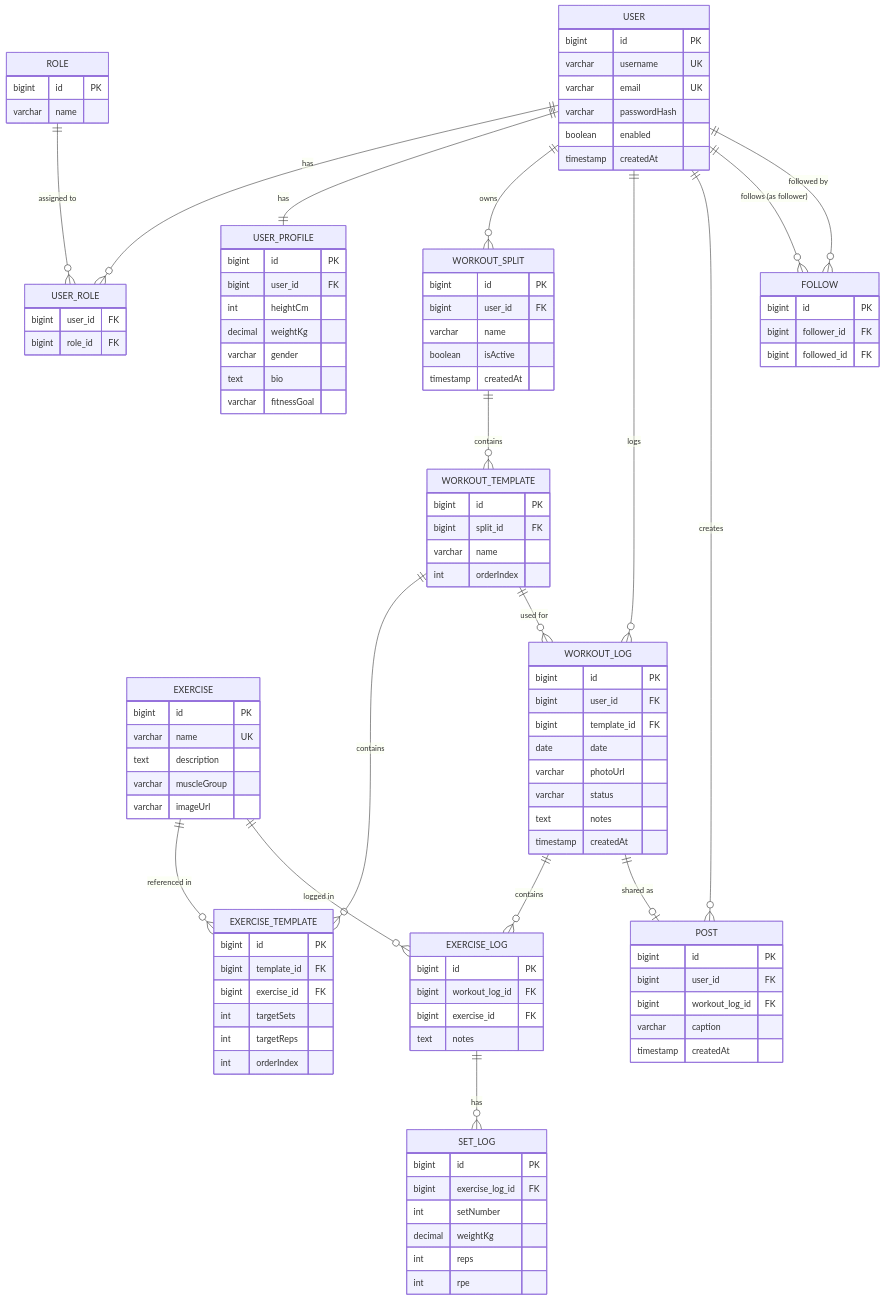
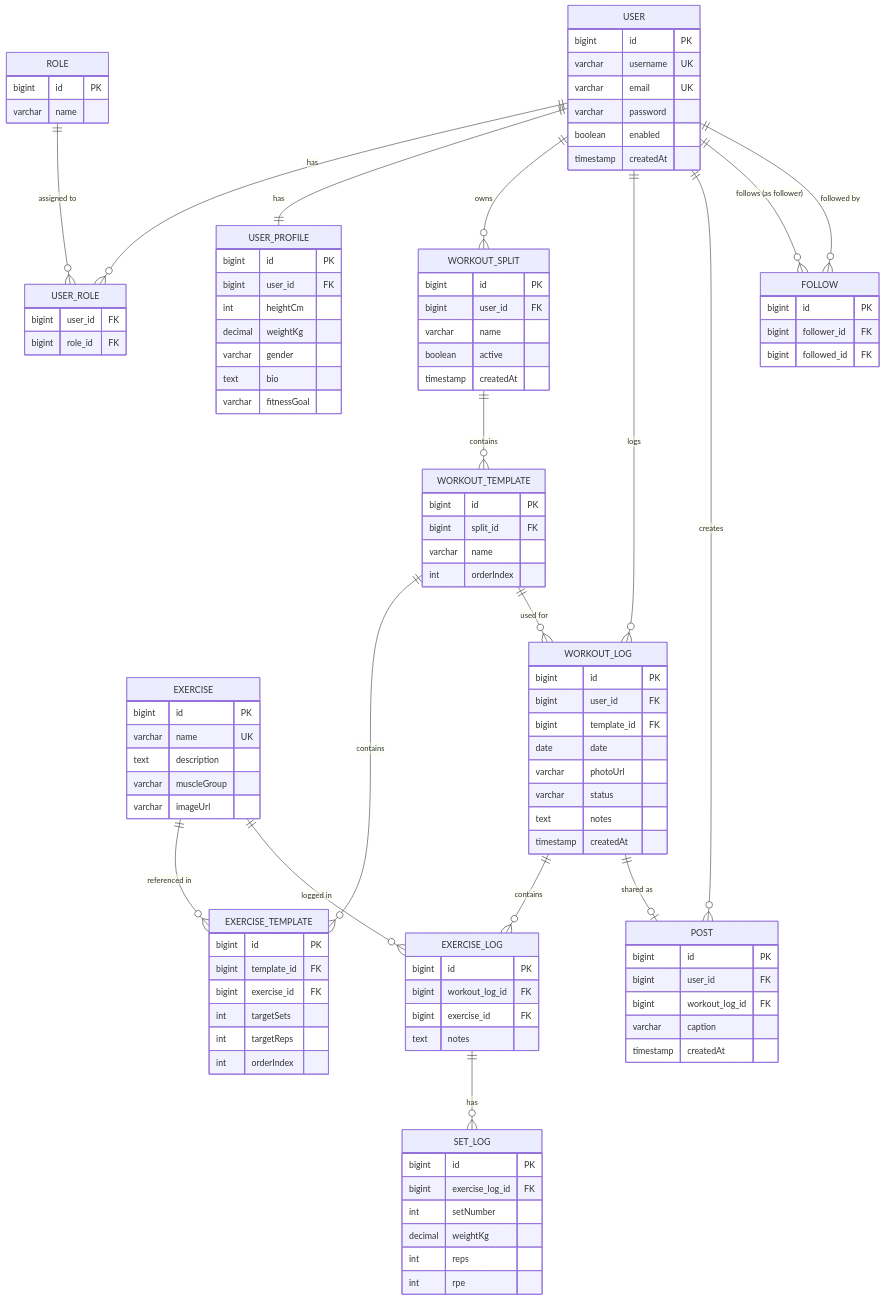
Before and after one commit to Hvdri/WorkoutTracker: the first of 5 diagrams in README.md, drawn with Mermaid. The commit also changed other lines of this file and 12 other files, not shown here.

```diff
--- a/README.md
+++ b/README.md
@@ -54,7 +65,7 @@
         bigint id PK
         varchar username UK
         varchar email UK
-        varchar passwordHash
+        varchar password
         boolean enabled
         timestamp createdAt
     }
@@ -79,7 +90,7 @@
         bigint id PK
         bigint user_id FK
         varchar name
-        boolean isActive
+        boolean active
         timestamp createdAt
     }
     WORKOUT_TEMPLATE {
```
